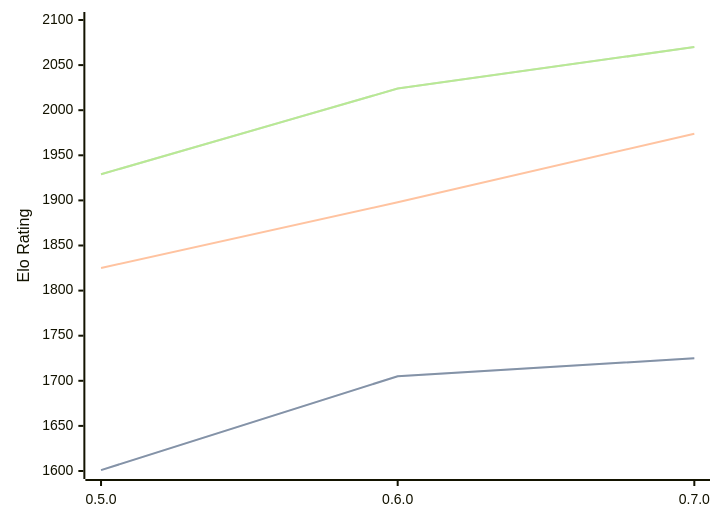
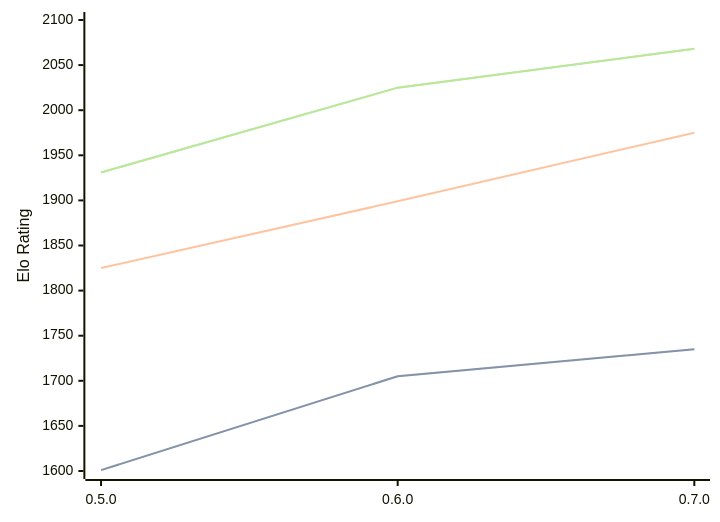
The diagram in engines/Chess-rs.md (computer-chess-index/cci), drawn with Mermaid before and after one commit. The commit also changed other lines of this file, not shown here.

Commit message:
Update CCI Ratings (ELO VLTC) - 2026-02-20

````diff
--- a/engines/Chess-rs.md
+++ b/engines/Chess-rs.md
@@ -38,11 +38,11 @@
 ```mermaid
 %%{init: {"theme":"base","themeVariables":{"seriesColors:['#a3a3a3','#222221','#faa371']}}}%%
 xychart-beta
   x-axis ["0.5.0", "0.6.0", "0.7.0"]
   y-axis "Elo Rating" 1600 --> 2100
-  line "STC (8.0+0.08s)" [1601, 1705, 1725]
-  line "STC (8.0+0.08s)" [1601, 1705, 1725]
-  line "LTC (60.0+0.60s)" [1825, 1898, 1974]
-  line "VLTC (2m24s+1.12s)" [1929, 2024, 2070]
-  line "VLTC (2m24s+1.12s)" [1929, 2024, 2070]
+  line "STC (8.0+0.08s)" [1601, 1705, 1735]
+  line "STC (8.0+0.08s)" [1601, 1705, 1735]
+  line "LTC (60.0+0.60s)" [1825, 1899, 1975]
+  line "VLTC (2m24s+1.12s)" [1931, 2025, 2068]
+  line "VLTC (2m24s+1.12s)" [1931, 2025, 2068]
 ```
````
